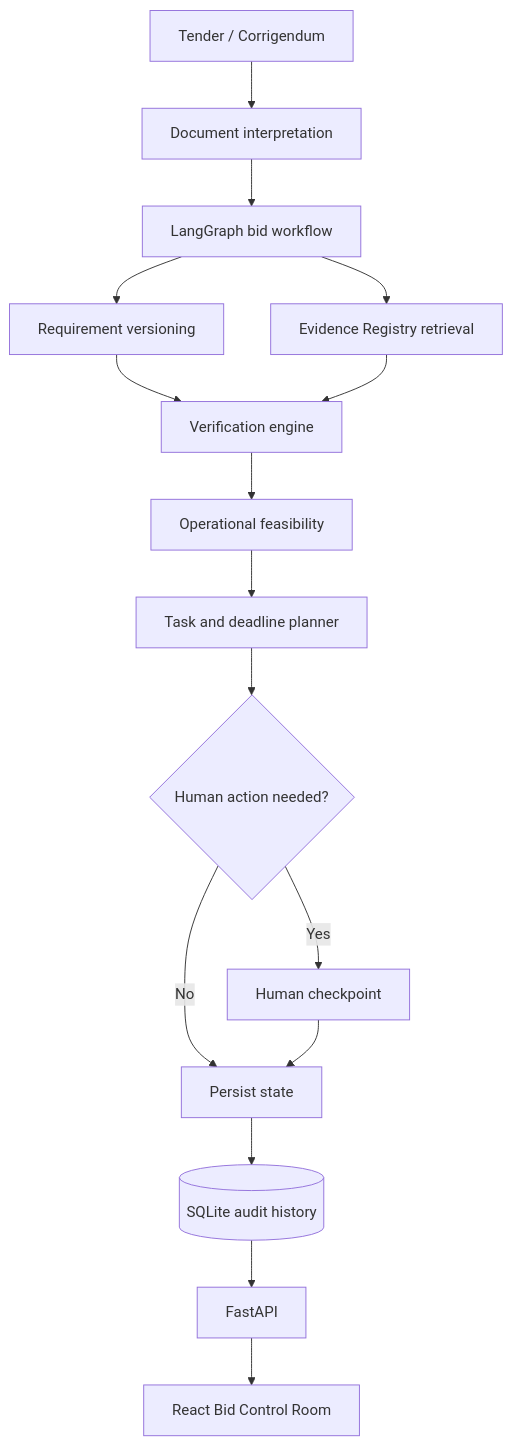
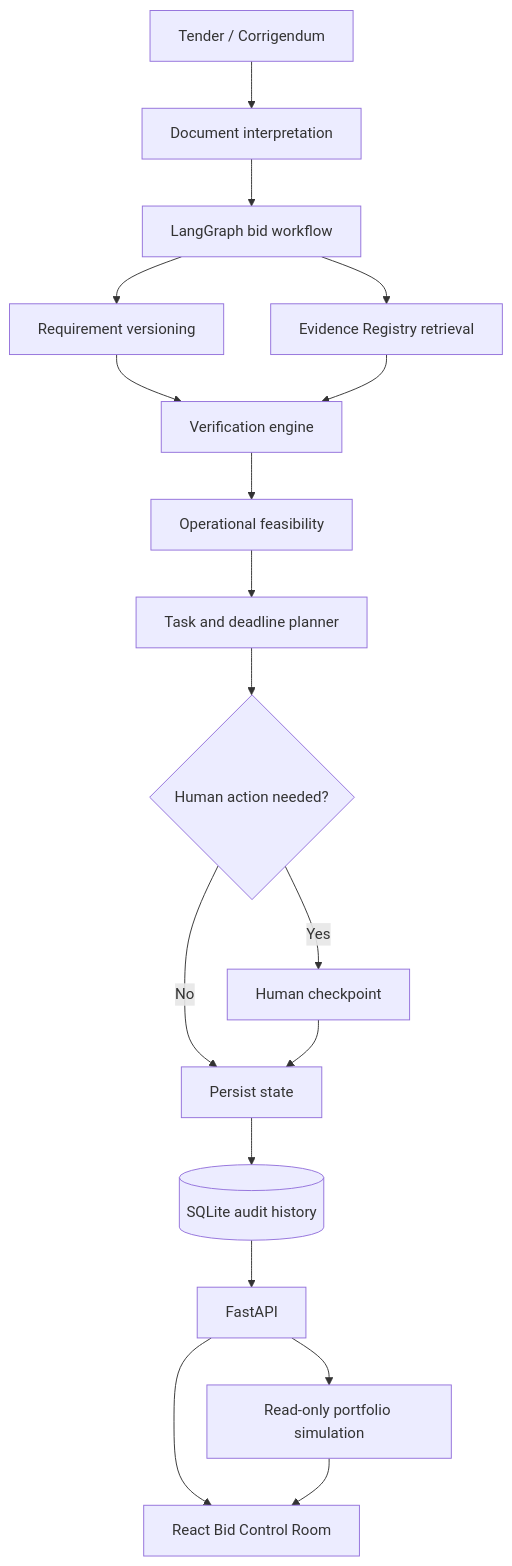
The diagram in README.md (kanglinggggg/kiasubid), drawn with Mermaid before and after one commit. The commit also changed other lines of this file and 70 other files, not shown here.

````diff
--- a/README.md
+++ b/README.md
@@ -52,21 +71,23 @@
 ```mermaid
 flowchart TD
     A[Tender / Corrigendum] --> B[Document interpretation]
     B --> C[LangGraph bid workflow]
 
     C --> D[Requirement versioning]
     C --> E[Evidence Registry retrieval]
     D --> F[Verification engine]
     E --> F
 
     F --> G[Operational feasibility]
     G --> H[Task and deadline planner]
     H --> I{Human action needed?}
 
     I -->|Yes| J[Human checkpoint]
     I -->|No| K[Persist state]
     J --> K
     K --> L[(SQLite audit history)]
     L --> M[FastAPI]
     M --> N[React Bid Control Room]
+    M --> P[Read-only portfolio simulation]
+    P --> N
 ```
````
